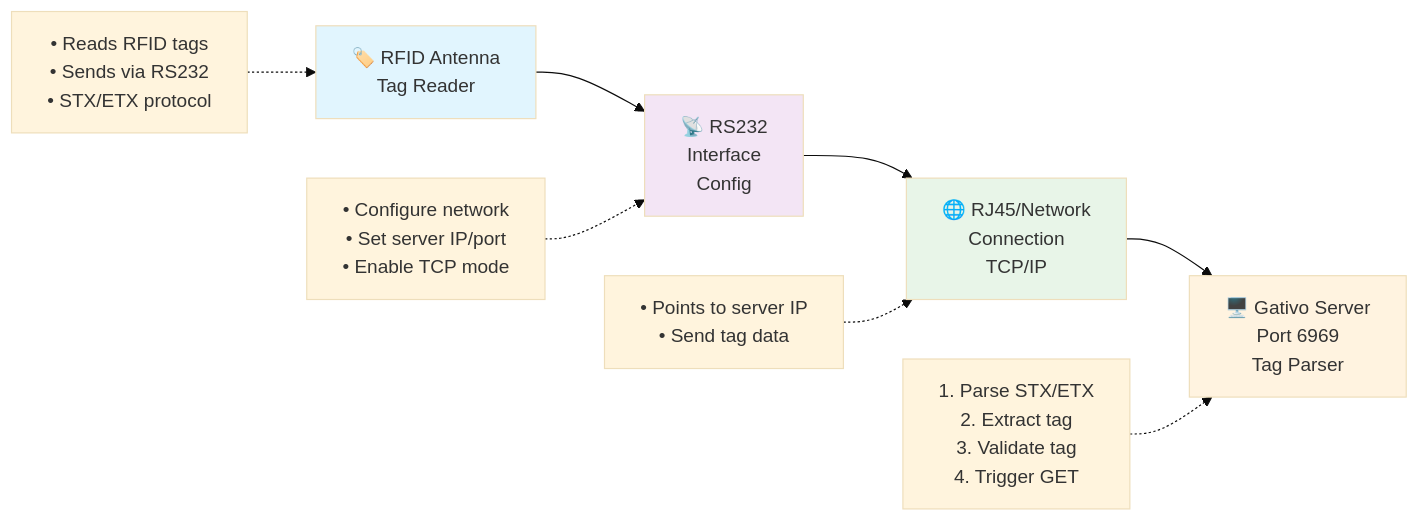
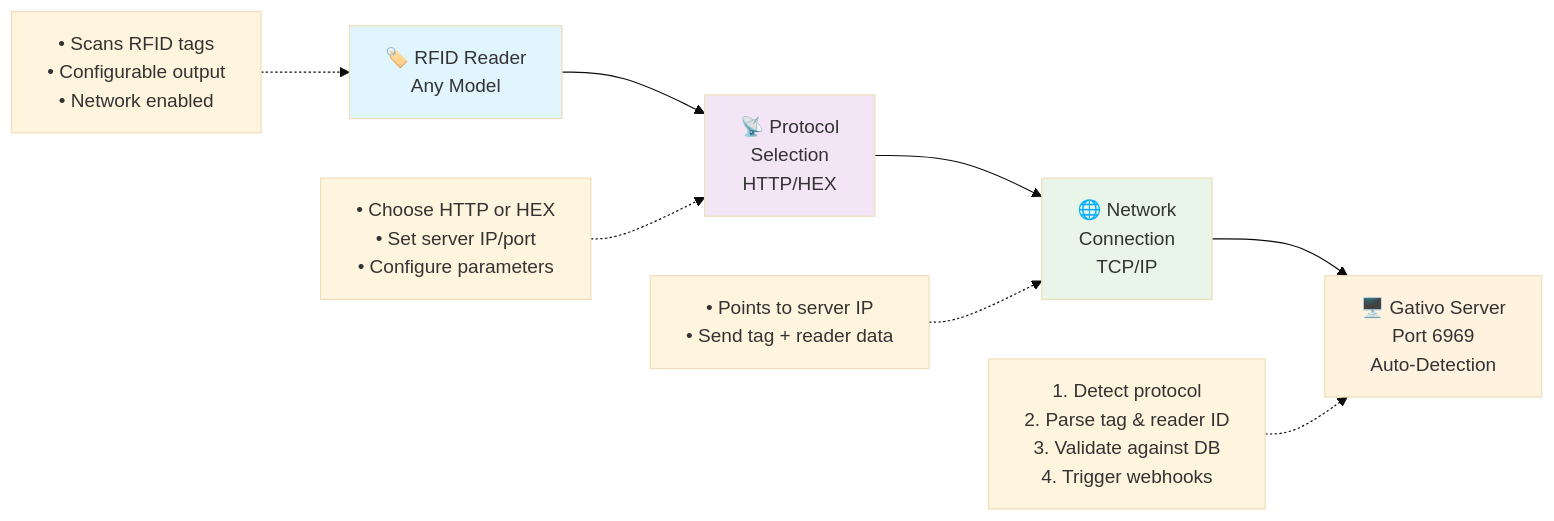
The diagram in README.md (iMrLopez/Gativo), drawn with Mermaid (base theme) before and after one commit. The commit also changed other lines of this file and 4 other files, not shown here.

````diff
--- a/README.md
+++ b/README.md
@@ -75,16 +126,16 @@
 ```mermaid
 flowchart LR
-    A[🏷️ RFID Antenna<br/>Tag Reader] --> B[📡 RS232<br/>Interface<br/>Config]
-    B --> C[🌐 RJ45/Network<br/>Connection<br/>TCP/IP]
-    C --> D[🖥️ Gativo Server<br/>Port 6969<br/>Tag Parser]
+    A[🏷️ RFID Reader<br/>Any Model] --> B[📡 Protocol<br/>Selection<br/>HTTP/HEX]
+    B --> C[🌐 Network<br/>Connection<br/>TCP/IP]
+    C --> D[🖥️ Gativo Server<br/>Port 6969<br/>Auto-Detection]
     
-    A1[• Reads RFID tags<br/>• Sends via RS232<br/>• STX/ETX protocol] -.-> A
-    B1[• Configure network<br/>• Set server IP/port<br/>• Enable TCP mode] -.-> B
-    C1[• Points to server IP<br/>• Send tag data] -.-> C
-    D1[1. Parse STX/ETX<br/>2. Extract tag<br/>3. Validate tag<br/>4. Trigger GET] -.-> D
+    A1[• Scans RFID tags<br/>• Configurable output<br/>• Network enabled] -.-> A
+    B1[• Choose HTTP or HEX<br/>• Set server IP/port<br/>• Configure parameters] -.-> B
+    C1[• Points to server IP<br/>• Send tag + reader data] -.-> C
+    D1[1. Detect protocol<br/>2. Parse tag & reader ID<br/>3. Validate against DB<br/>4. Trigger webhooks] -.-> D
     
     style A fill:#e1f5fe
     style B fill:#f3e5f5
     style C fill:#e8f5e8
     style D fill:#fff3e0
 ```
````
